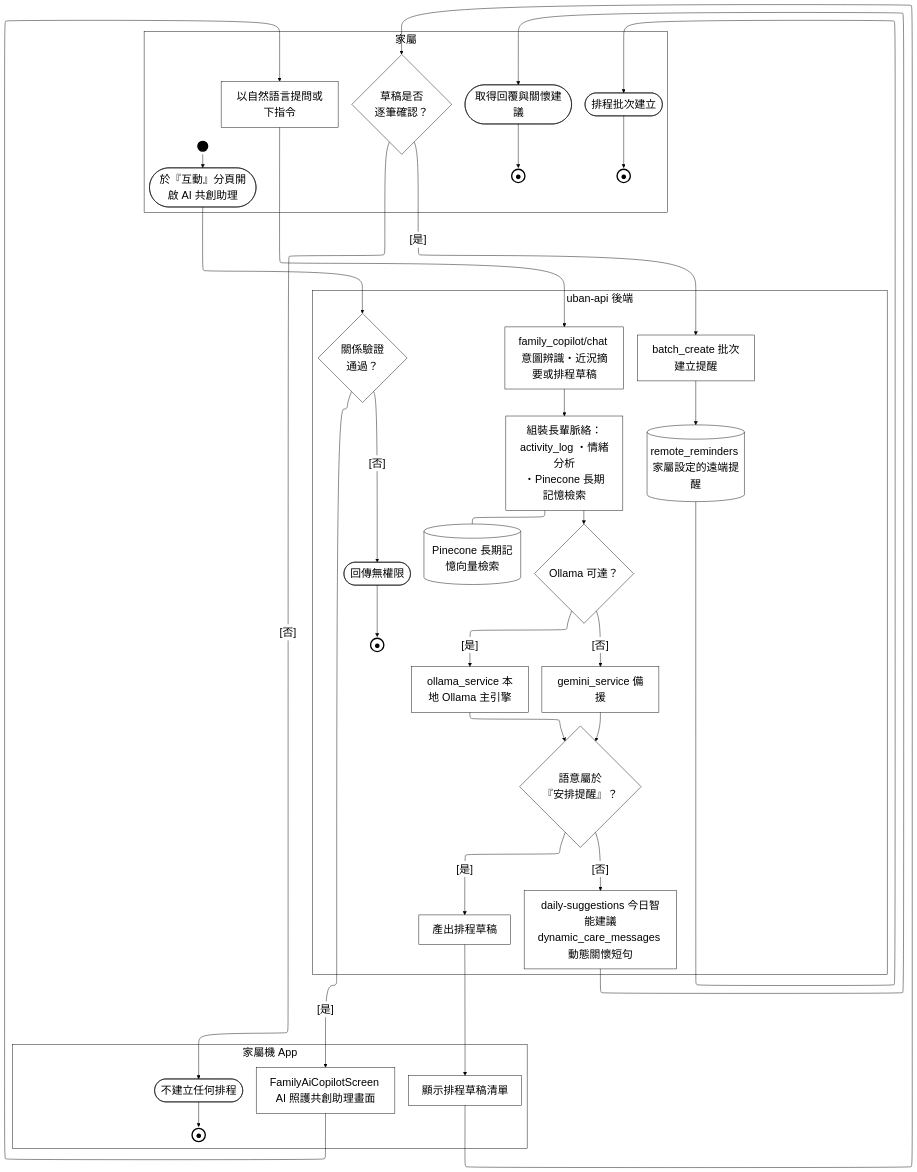
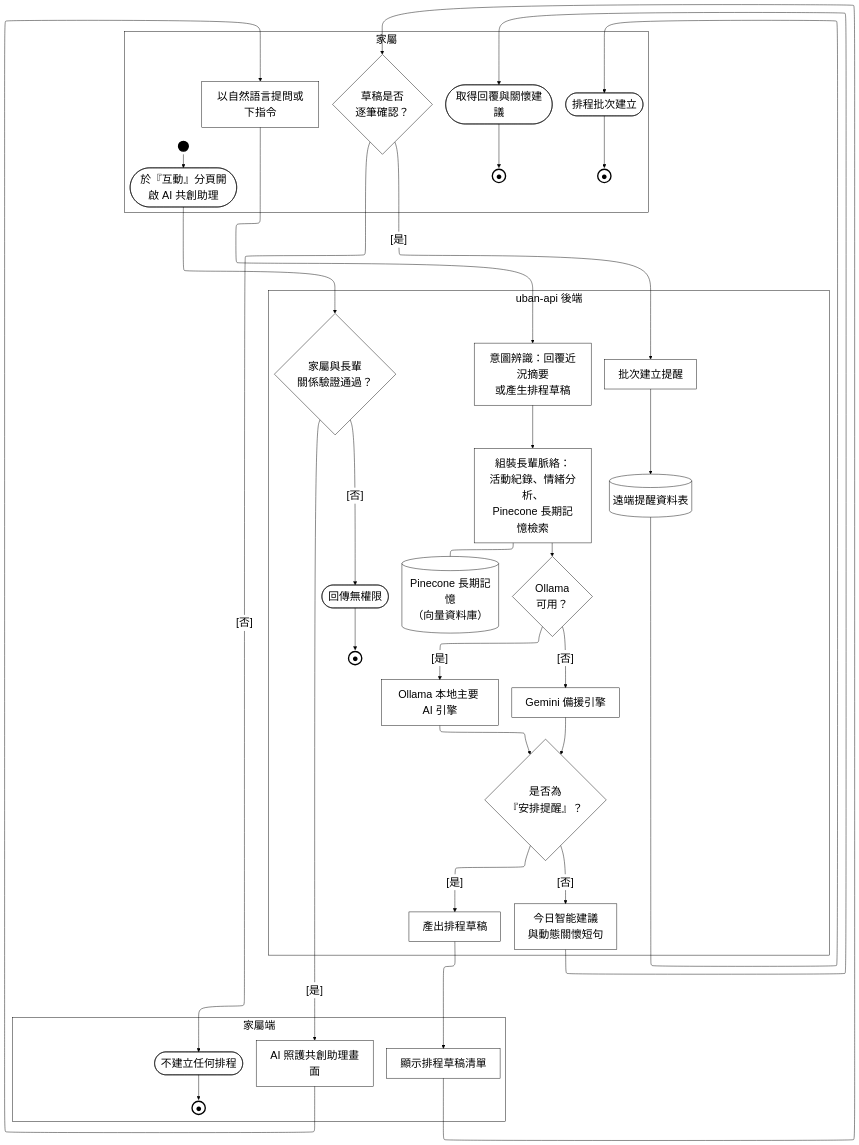
Before and after one commit to HuangYu-Kai/Uban: the diagram in Uban System Documents/mermaid原始碼/A19-AI協作.mmd, drawn with Mermaid. The commit also changed 32 other files, not shown here.

```diff
--- a/Uban System Documents/mermaid原始碼/A19-AI協作.mmd
+++ b/Uban System Documents/mermaid原始碼/A19-AI協作.mmd
@@ -1,72 +1,72 @@
 %%{init:{"layout":"elk","elk":{"mergeEdges":false,"nodePlacementStrategy":"NETWORK_SIMPLEX"},"flowchart":{"htmlLabels":true},"themeVariables":{"clusterBkg":"#FFFFFF","clusterBorder":"#000000","edgeLabelBackground":"#FFFFFF","textColor":"#000000","nodeTextColor":"#000000","titleColor":"#000000","lineColor":"#000000","fontSize":"24px"}}}%%
 flowchart TD
   subgraph ROLE["家屬"]
     ST_S1(("&nbsp;")):::term
     S1([於『互動』分頁開啟 AI 共創助理]):::act
     S2["以自然語言提問或下指令"]:::act
     S3{"草稿是否<br/>逐筆確認？"}:::dec
     S4(["取得回覆與關懷建議"]):::act
     EN_S4(("●")):::endterm
     S5(["排程批次建立"]):::act
     EN_S5(("●")):::endterm
   end
-  subgraph FE["家屬機 App"]
+  subgraph FE["家屬端"]
     PAD_FE["&nbsp;&nbsp;&nbsp;&nbsp;&nbsp;&nbsp;&nbsp;&nbsp;&nbsp;&nbsp;&nbsp;&nbsp;&nbsp;&nbsp;&nbsp;&nbsp;&nbsp;&nbsp;&nbsp;&nbsp;&nbsp;&nbsp;&nbsp;&nbsp;&nbsp;&nbsp;&nbsp;&nbsp;&nbsp;&nbsp;&nbsp;&nbsp;"]:::pad
-    A1["FamilyAiCopilotScreen AI 照護共創助理畫面"]:::act
+    A1["AI 照護共創助理畫面"]:::act
     A2["顯示排程草稿清單"]:::act
     A3(["不建立任何排程"]):::act
     EN_A3(("●")):::endterm
   end
   subgraph BE["uban-api 後端"]
     PAD_BE["&nbsp;&nbsp;&nbsp;&nbsp;&nbsp;&nbsp;&nbsp;&nbsp;&nbsp;&nbsp;&nbsp;&nbsp;&nbsp;&nbsp;&nbsp;&nbsp;&nbsp;&nbsp;&nbsp;&nbsp;&nbsp;&nbsp;&nbsp;&nbsp;&nbsp;&nbsp;&nbsp;&nbsp;&nbsp;"]:::pad
-    G0{"關係驗證<br/>通過？"}:::dec
-    B1["family_copilot/chat 意圖辨識・近況摘要或排程草稿"]:::act
-    B2["組裝長輩脈絡：<br/>activity_log ・情緒分析<br/>・Pinecone 長期記憶檢索"]:::act
-    B3{"Ollama 可達？"}:::dec
-    B4["ollama_service 本地 Ollama 主引擎"]:::act
-    B5["gemini_service 備援"]:::act
-    B6{"語意屬於<br/>『安排提醒』？"}:::dec
+    G0{"家屬與長輩<br/>關係驗證通過？"}:::dec
+    B1["意圖辨識：回覆近況摘要<br/>或產生排程草稿"]:::act
+    B2["組裝長輩脈絡：<br/>活動紀錄、情緒分析、<br/>Pinecone 長期記憶檢索"]:::act
+    B3{"Ollama<br/>可用？"}:::dec
+    B4["Ollama 本地主要 AI 引擎"]:::act
+    B5["Gemini 備援引擎"]:::act
+    B6{"是否為<br/>『安排提醒』？"}:::dec
     B7["產出排程草稿"]:::act
-    B8["batch_create 批次建立提醒"]:::act
-    B9["daily-suggestions 今日智能建議<br/>dynamic_care_messages 動態關懷短句"]:::act
-    DB[("remote_reminders 家屬設定的遠端提醒")]:::act
-    PC[("Pinecone 長期記憶向量檢索")]:::act
+    B8["批次建立提醒"]:::act
+    B9["今日智能建議<br/>與動態關懷短句"]:::act
+    DB[("遠端提醒資料表")]:::act
+    PC[("Pinecone 長期記憶<br/>（向量資料庫）")]:::act
     X(["回傳無權限"]):::act
     EN_X(("●")):::endterm
   end
 
   ST_S1 --> S1
   S1 --> G0
   G0 -->|"[否]"| X
   G0 -->|"[是]"| A1
   A1 --> S2
   S2 --> B1
   B1 --> B2
   B2 --- PC
   B2 --> B3
   B3 -->|"[是]"| B4
   B3 -->|"[否]"| B5
   B4 --> B6
   B5 --> B6
   B6 -->|"[否]"| B9
   B9 --> S4
   B6 -->|"[是]"| B7
   B7 --> A2
   A2 --> S3
   S3 -->|"[否]"| A3
   S3 -->|"[是]"| B8
   B8 --> DB
   DB --> S5
   S4 --> EN_S4
   S5 --> EN_S5
   A3 --> EN_A3
   X --> EN_X
   %% 鎖住泳道順序：ELK 不照宣告順序排，沒有這條鏈後端會跑到最上面
   ROLE ~~~ FE ~~~ BE
 
   classDef pad  fill:none,stroke:none,color:#FFFFFF
   classDef act  fill:#FFFFFF,stroke:#000000,stroke-width:1px,color:#000000
   classDef dec  fill:#FFFFFF,stroke:#000000,stroke-width:1px,color:#000000
   classDef term fill:#000000,stroke:#000000,stroke-width:3px,color:#000000
   classDef endterm fill:#FFFFFF,stroke:#000000,stroke-width:3px,color:#000000
   classDef gap  fill:#FFFFFF,stroke:#000000,stroke-width:1px,color:#000000,stroke-dasharray:4 3
```
